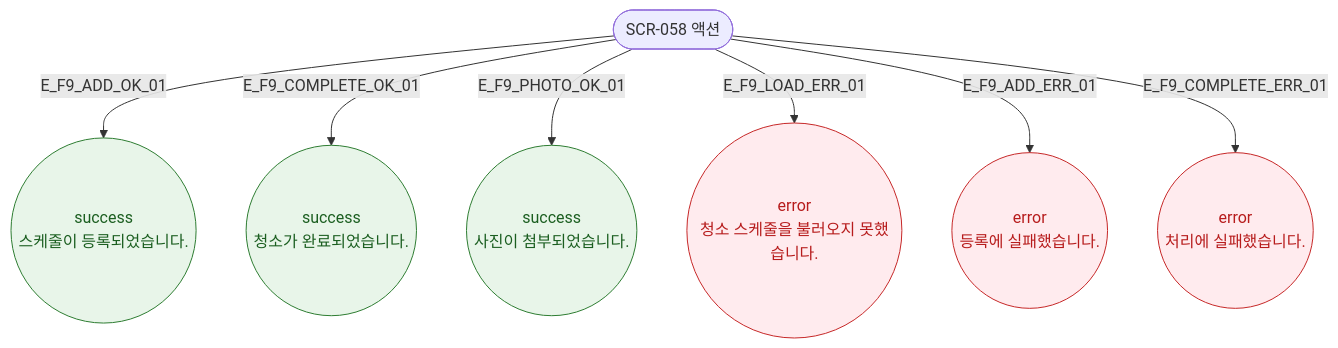
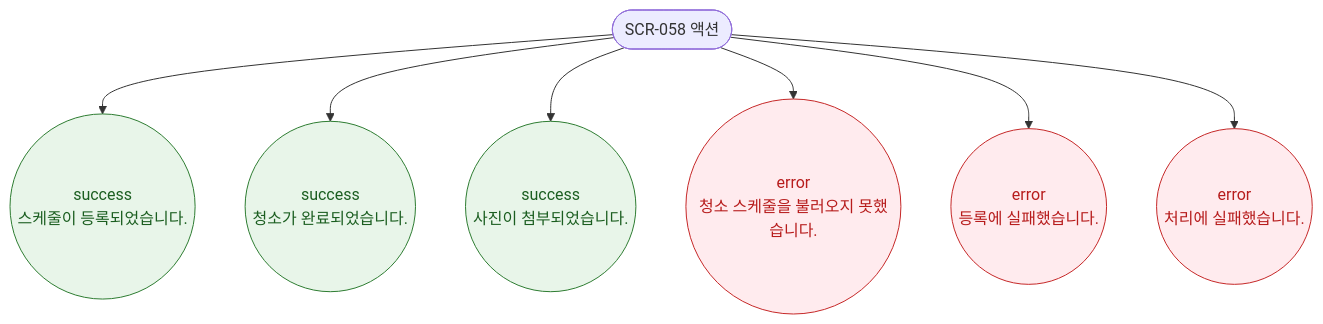
One commit to dev-spogym/admin-pando changed the diagram in docs/다이어그램/D06_시설관리/SCR-058_청소스케줄/F9_토스트.md. Above: the diagram before and after it, drawn with Mermaid. The commit also changed other lines of this file and 1660 other files, not shown here.

First line of the commit message:
다이어그램: 기획자/클라이언트 납품본으로 정리

````diff
--- a/docs/다이어그램/D06_시설관리/SCR-058_청소스케줄/F9_토스트.md
+++ b/docs/다이어그램/D06_시설관리/SCR-058_청소스케줄/F9_토스트.md
@@ -16,16 +14,16 @@
 ```mermaid
 flowchart TD
     TRIGGER([SCR-058 액션])
 
-    TRIGGER -->|E_F9_ADD_OK_01| T_ADD((success\n스케줄이 등록되었습니다.))
-    TRIGGER -->|E_F9_COMPLETE_OK_01| T_COMPLETE((success\n청소가 완료되었습니다.))
-    TRIGGER -->|E_F9_PHOTO_OK_01| T_PHOTO((success\n사진이 첨부되었습니다.))
-    TRIGGER -->|E_F9_LOAD_ERR_01| T_LOAD_ERR((error\n청소 스케줄을 불러오지 못했습니다.))
-    TRIGGER -->|E_F9_ADD_ERR_01| T_ADD_ERR((error\n등록에 실패했습니다.))
-    TRIGGER -->|E_F9_COMPLETE_ERR_01| T_COMPLETE_ERR((error\n처리에 실패했습니다.))
+    TRIGGER --> T_ADD((success\n스케줄이 등록되었습니다.))
+    TRIGGER --> T_COMPLETE((success\n청소가 완료되었습니다.))
+    TRIGGER --> T_PHOTO((success\n사진이 첨부되었습니다.))
+    TRIGGER --> T_LOAD_ERR((error\n청소 스케줄을 불러오지 못했습니다.))
+    TRIGGER --> T_ADD_ERR((error\n등록에 실패했습니다.))
+    TRIGGER --> T_COMPLETE_ERR((error\n처리에 실패했습니다.))
 
     classDef success fill:#E8F5E9,stroke:#2E7D32,color:#1B5E20
     classDef error fill:#FFEBEE,stroke:#C62828,color:#B71C1C
     class T_ADD,T_COMPLETE,T_PHOTO success
     class T_LOAD_ERR,T_ADD_ERR,T_COMPLETE_ERR error
 ```
````
